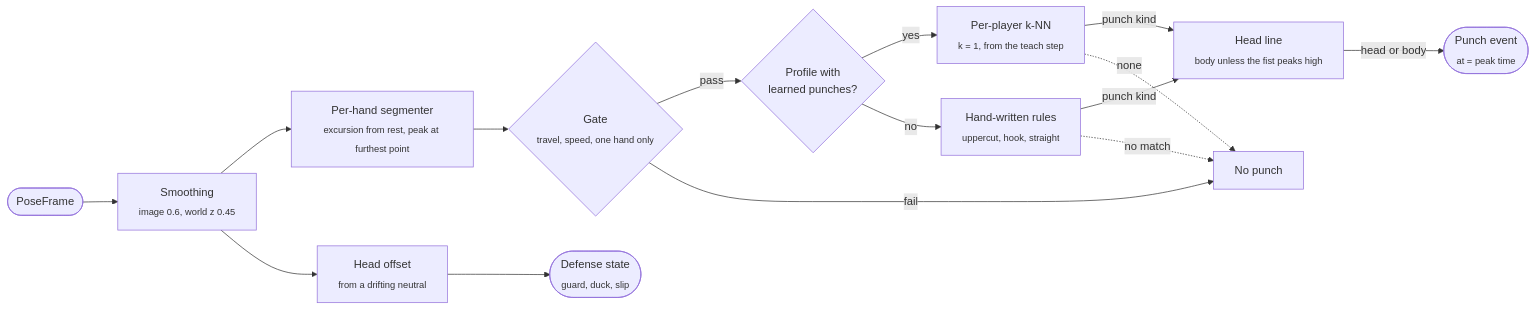
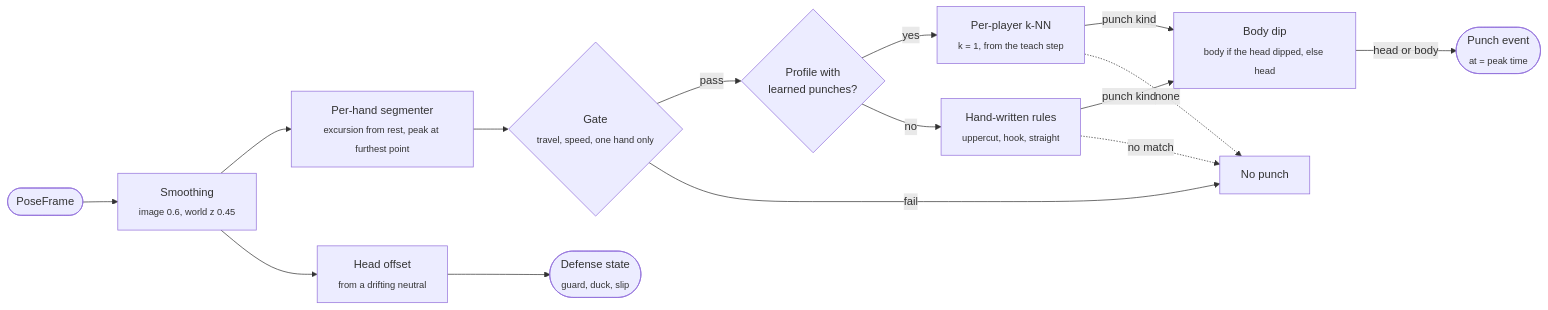
Before and after one commit to teddycitrus/shadow-box: the fourth of 4 diagrams in README.md, drawn with Mermaid. The commit also changed other lines of this file and 19 other files, not shown here.

Commit message:
changed body shots to crouch plus punch, standing punches hit the head

````diff
--- a/README.md
+++ b/README.md
@@ -212,27 +212,27 @@
 ```mermaid
 flowchart LR
   F(["PoseFrame"])
   SM["Smoothing<br/><sub>image 0.6, world z 0.45</sub>"]
   SEG["Per-hand segmenter<br/><sub>excursion from rest, peak at furthest point</sub>"]
   G{"Gate<br/><sub>travel, speed, one hand only</sub>"}
   Q{"Profile with<br/>learned punches?"}
   K["Per-player k-NN<br/><sub>k = 1, from the teach step</sub>"]
   R["Hand-written rules<br/><sub>uppercut, hook, straight</sub>"]
-  T["Head line<br/><sub>body unless the fist peaks high</sub>"]
+  T["Body dip<br/><sub>body if the head dipped, else head</sub>"]
   P(["Punch event<br/><sub>at = peak time</sub>"])
   X["No punch"]
   N["Head offset<br/><sub>from a drifting neutral</sub>"]
   D(["Defense state<br/><sub>guard, duck, slip</sub>"])
 
   F --> SM --> SEG --> G
   G -->|"pass"| Q
   G -->|"fail"| X
   Q -->|"yes"| K
   Q -->|"no"| R
   K -->|"punch kind"| T
   K -.->|"none"| X
   R -->|"punch kind"| T
   T -->|"head or body"| P
   R -.->|"no match"| X
   SM --> N --> D
 ```
````
